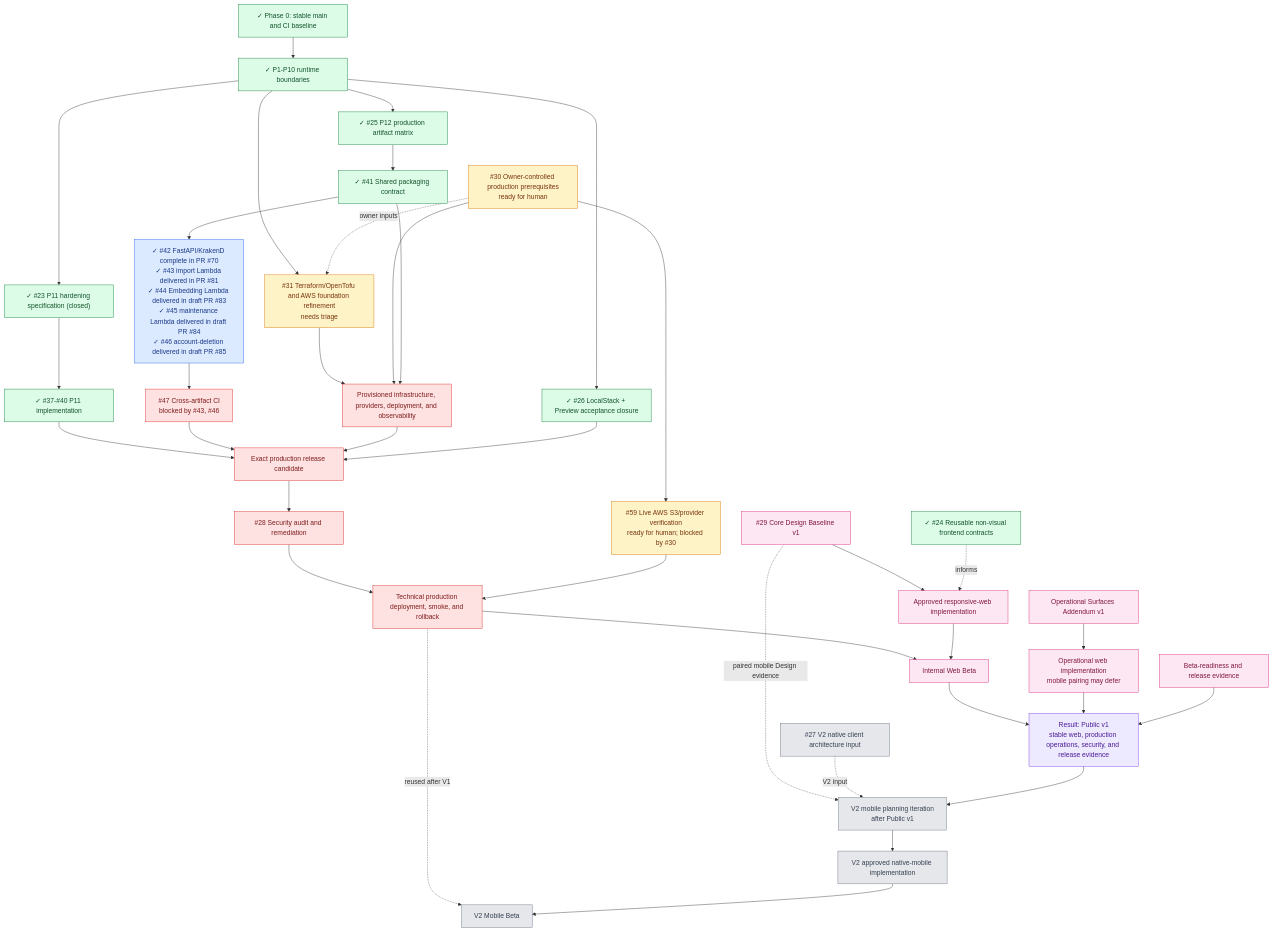
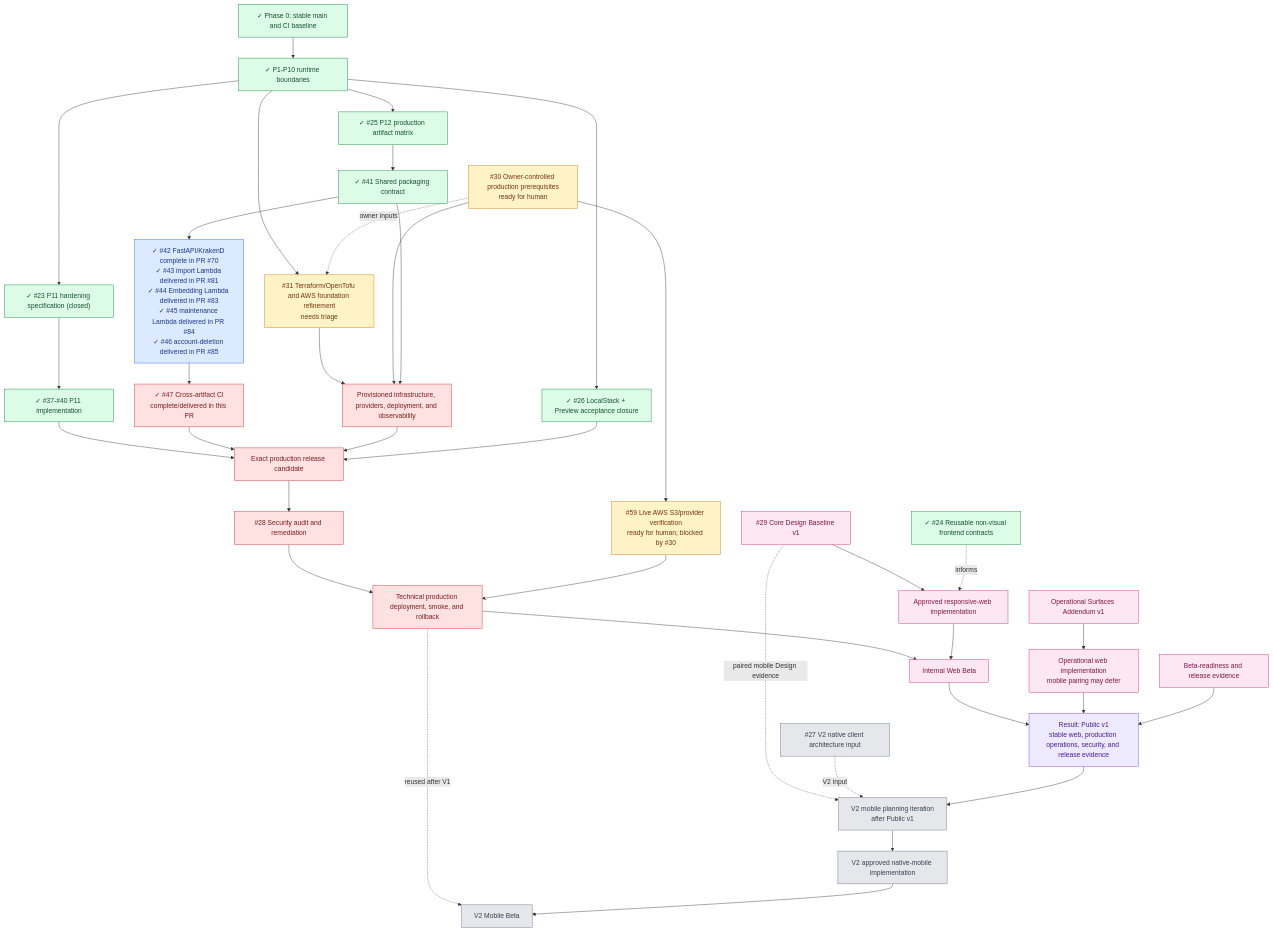
One commit to starkovalera/recipe-manager changed the third of 3 diagrams in docs/roadmap.md. Above: the diagram before and after it, drawn with Mermaid. The commit also changed other lines of this file and 16 other files, not shown here.

```diff
--- a/docs/roadmap.md
+++ b/docs/roadmap.md
@@ -188,8 +188,8 @@
   p11Implementation["✓ #37-#40 P11 implementation"]
   p12Spec["✓ #25 P12 production artifact matrix"]
   p12Shared["✓ #41 Shared packaging contract"]
-  p12Artifacts["✓ #42 FastAPI/KrakenD complete in PR #70<br/>✓ #43 import Lambda delivered in PR #81<br/>✓ #44 Embedding Lambda delivered in draft PR #83<br/>✓ #45 maintenance Lambda delivered in draft PR #84<br/>✓ #46 account-deletion delivered in draft PR #85"]
-  p12Ci["#47 Cross-artifact CI<br/>blocked by #43, #46"]
+  p12Artifacts["✓ #42 FastAPI/KrakenD complete in PR #70<br/>✓ #43 import Lambda delivered in PR #81<br/>✓ #44 Embedding Lambda delivered in PR #83<br/>✓ #45 maintenance Lambda delivered in PR #84<br/>✓ #46 account-deletion delivered in PR #85"]
+  p12Ci["✓ #47 Cross-artifact CI<br/>complete/delivered in this PR"]
   localstack["✓ #26 LocalStack + Preview acceptance closure"]
   liveAws["#59 Live AWS S3/provider verification<br/>ready for human; blocked by #30"]
   frontendAudit["✓ #24 Reusable non-visual frontend contracts"]
```
